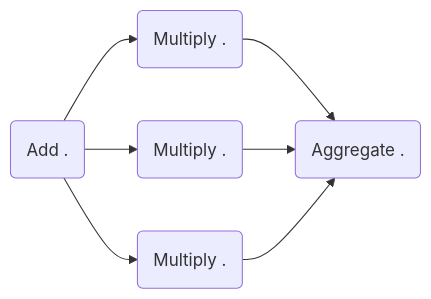
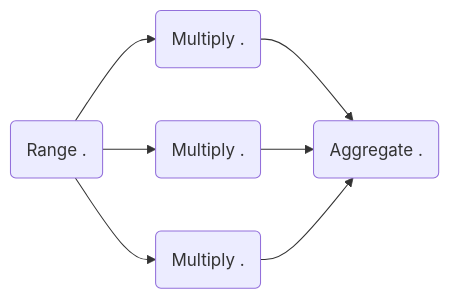
The diagram in README.md (kube-HPC/hkube), drawn with Mermaid before and after one commit. The commit also changed other lines of this file, not shown here.

````diff
--- a/README.md
+++ b/README.md
@@ -32,9 +37,9 @@
 ```mermaid
 graph LR
-A(Add .   ) --> B(Multiply . )
-A(Add .   ) --> C(Multiply . )
-A(Add .   ) --> D(Multiply .  )
+A(Range    ) --> B(Multiply . )
+A(Range    ) --> C(Multiply . )
+A(Range .     ) --> D(Multiply .  )
 B(Multiply . ) --> E( Aggregate .  )
 C(Multiply . ) --> E( Aggregate .  )
 D(Multiply . ) --> E( Aggregate .  )
 ```
````
